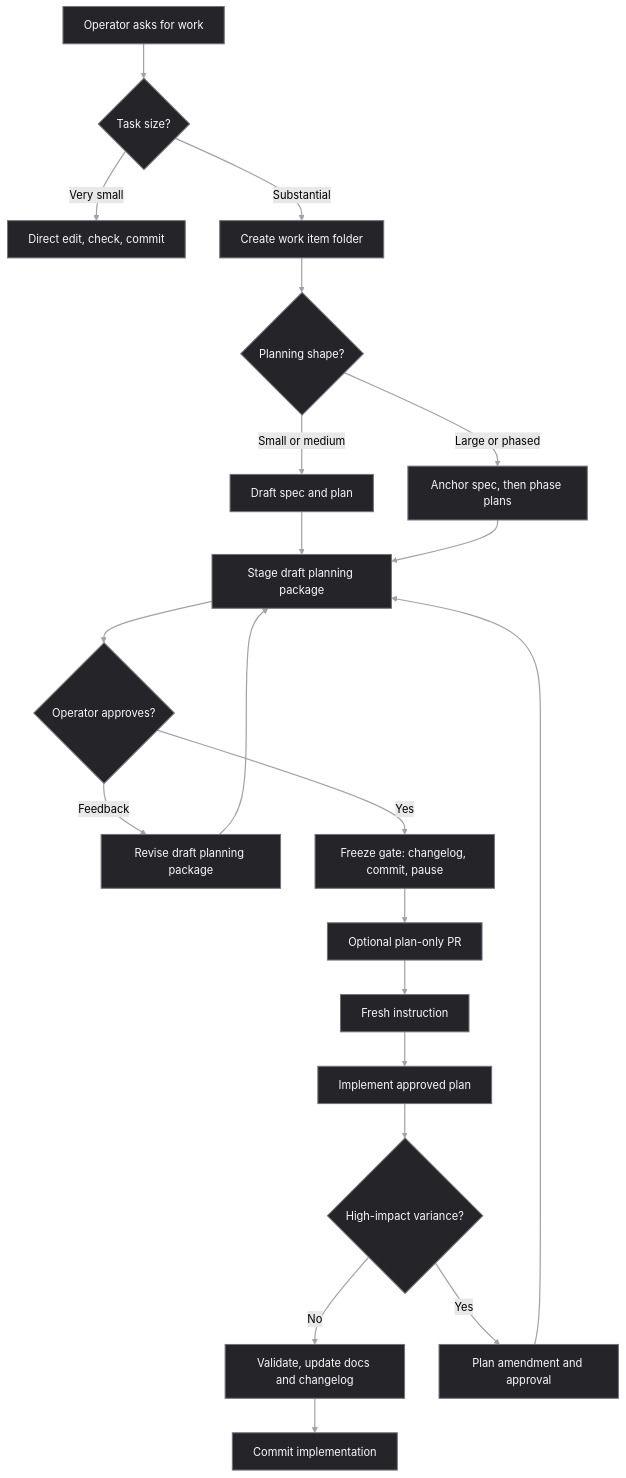
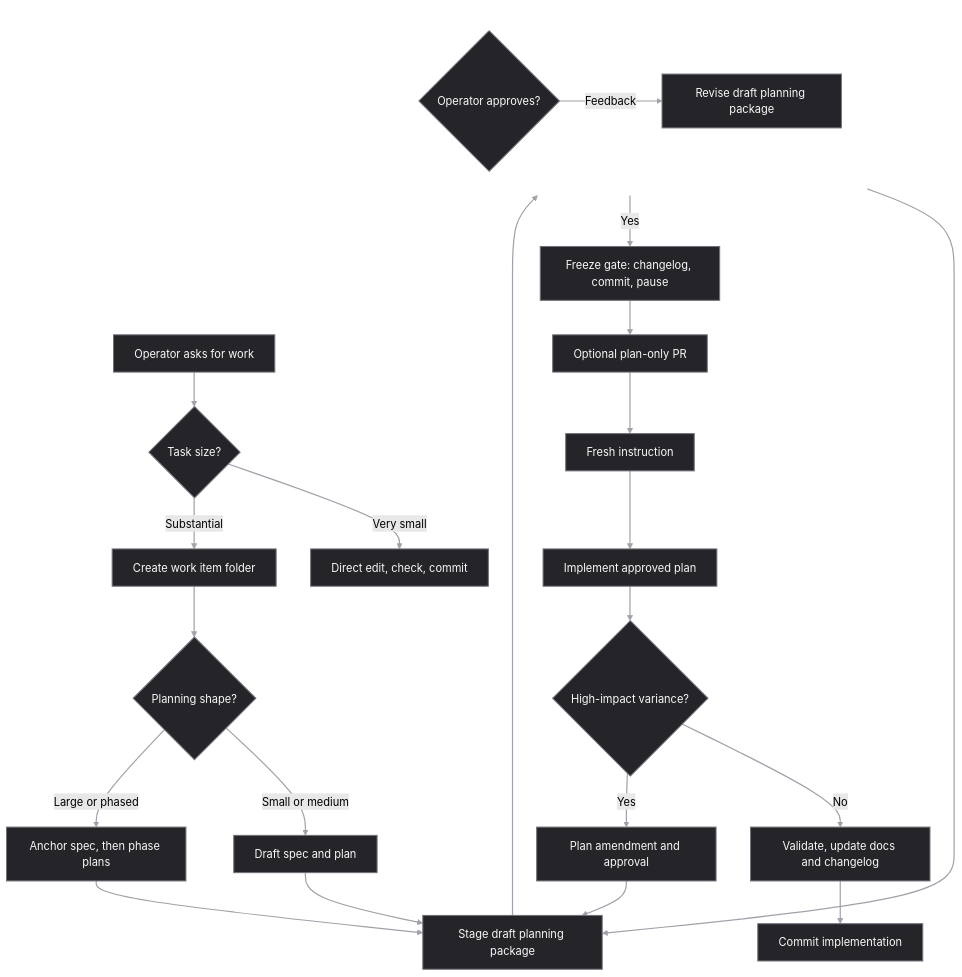
Before and after one commit to itxyzzz/dev-doc-harness: the diagram in README.md, drawn with Mermaid (forest theme).

Commit message:
Tidy README approval flow diagram

````diff
--- a/README.md
+++ b/README.md
@@ -12,26 +12,30 @@
 ```mermaid
 flowchart TD
     A["Operator asks for work"]:::house --> B{"Task size?"}:::house
     B -->|Very small| C["Direct edit, check, commit"]:::house
     B -->|Substantial| D["Create work item folder"]:::house
     D --> E{"Planning shape?"}:::house
     E -->|Small or medium| F["Draft spec and plan"]:::house
     E -->|Large or phased| G["Anchor spec, then phase plans"]:::house
     F --> H["Stage draft planning package"]:::house
     G --> H
-    H --> I{"Operator approves?"}:::house
-    I -->|Feedback| R["Revise draft planning package"]:::house
+    subgraph ReviewLoop[" "]
+        direction LR
+        I{"Operator approves?"}:::house -->|Feedback| R["Revise draft planning package"]:::house
+    end
+    H --> I
     R --> H
     I -->|Yes| J["Freeze gate: changelog, commit, pause"]:::house
     J --> O["Optional plan-only PR"]:::house
     O --> P["Fresh instruction"]:::house
     P --> Q["Implement approved plan"]:::house
     Q --> K{"High-impact variance?"}:::house
     K -->|No| L["Validate, update docs and changelog"]:::house
     L --> M["Commit implementation"]:::house
     K -->|Yes| N["Plan amendment and approval"]:::house
     N --> H
 
     classDef house fill:#242429,stroke:#71717a,stroke-width:1.5px,color:#fafafa
+    style ReviewLoop fill:transparent,stroke:transparent,color:transparent
     linkStyle default stroke:#a1a1aa,stroke-width:1.75px
 ```
````
